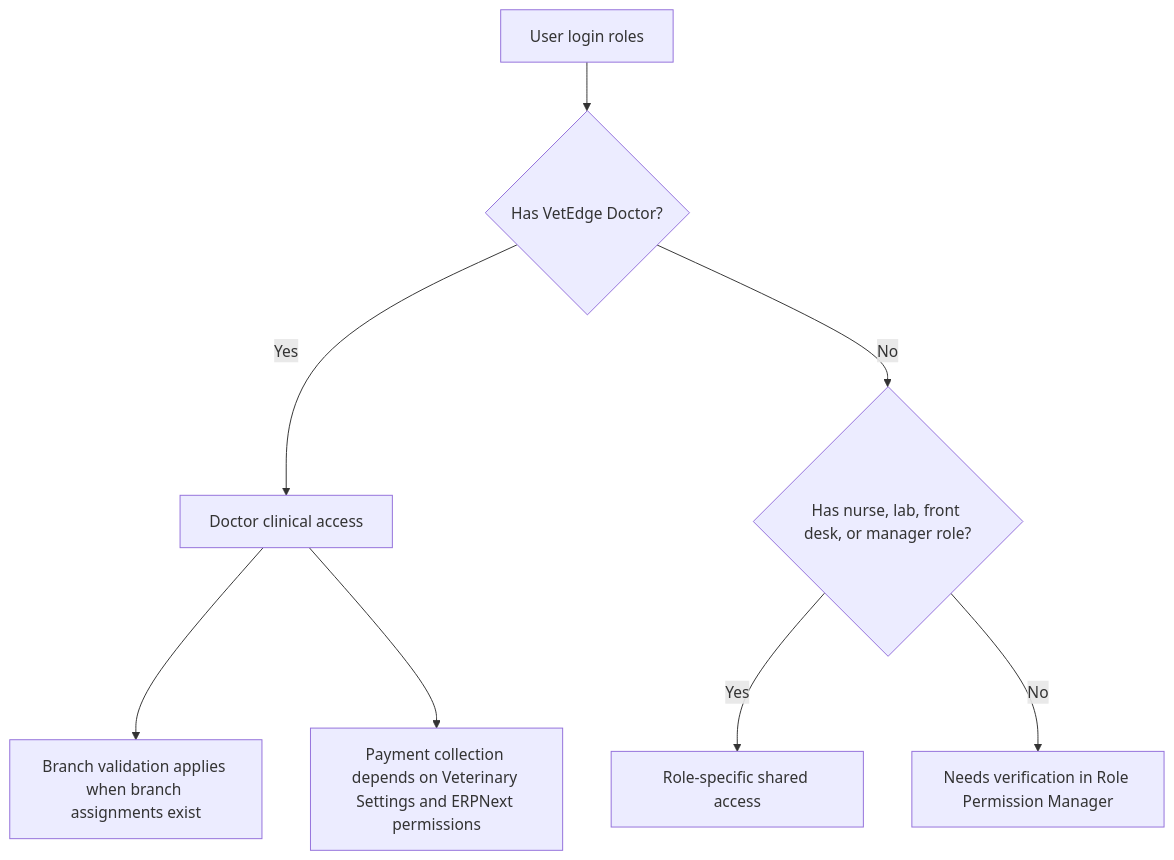
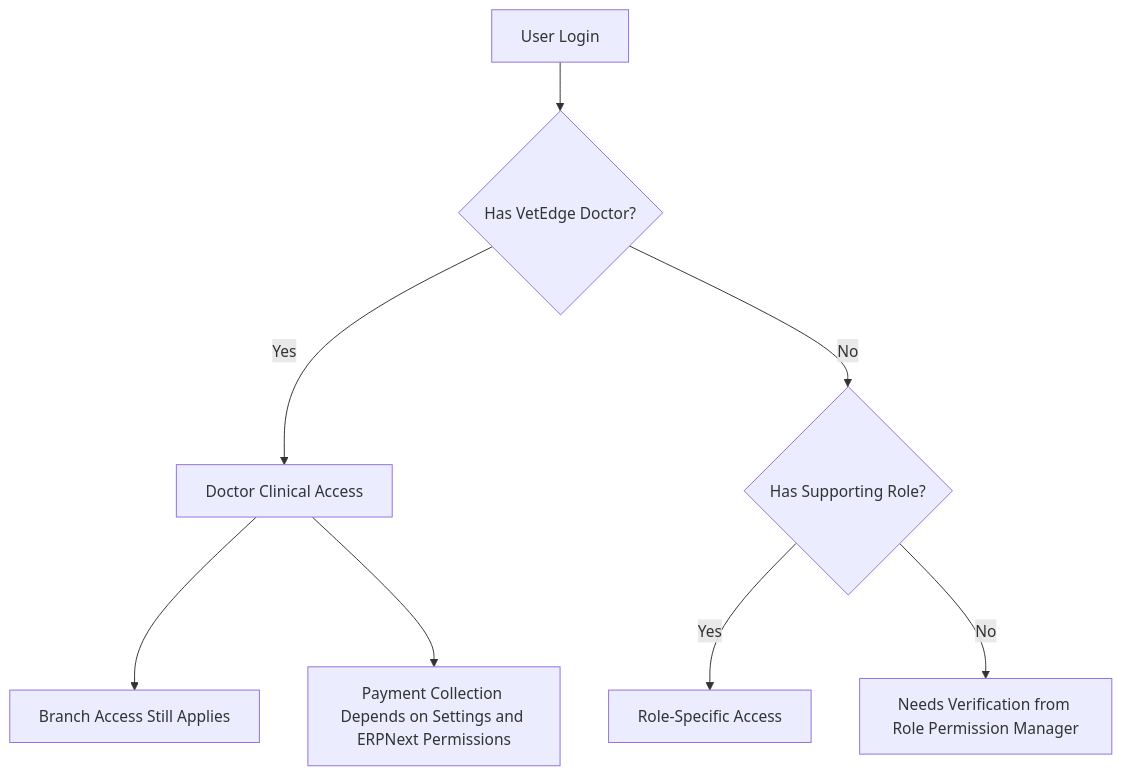
One commit to olayemigod/VetEdge changed the diagram in docs/training/veterinary_doctor_operations/role_access_matrix.md. Above: the diagram before and after it, drawn with Mermaid. The commit also changed other lines of this file and 24 other files, not shown here.

Commit message:
Add veterinary training centre and doctor guides

````diff
--- a/docs/training/veterinary_doctor_operations/role_access_matrix.md
+++ b/docs/training/veterinary_doctor_operations/role_access_matrix.md
@@ -9,10 +19,10 @@
 ```mermaid
 flowchart TD
-    A[User login roles] --> B{Has VetEdge Doctor?}
-    B -->|Yes| C[Doctor clinical access]
-    B -->|No| D{Has nurse, lab, front desk, or manager role?}
-    D -->|Yes| E[Role-specific shared access]
-    D -->|No| F[Needs verification in Role Permission Manager]
-    C --> G[Branch validation applies when branch assignments exist]
-    C --> H[Payment collection depends on Veterinary Settings and ERPNext permissions]
+    A[User Login] --> B{Has VetEdge Doctor?}
+    B -->|Yes| C[Doctor Clinical Access]
+    B -->|No| D{Has Supporting Role?}
+    D -->|Yes| E[Role-Specific Access]
+    D -->|No| F[Needs Verification from Role Permission Manager]
+    C --> G[Branch Access Still Applies]
+    C --> H[Payment Collection Depends on Settings and ERPNext Permissions]
 ```
````
